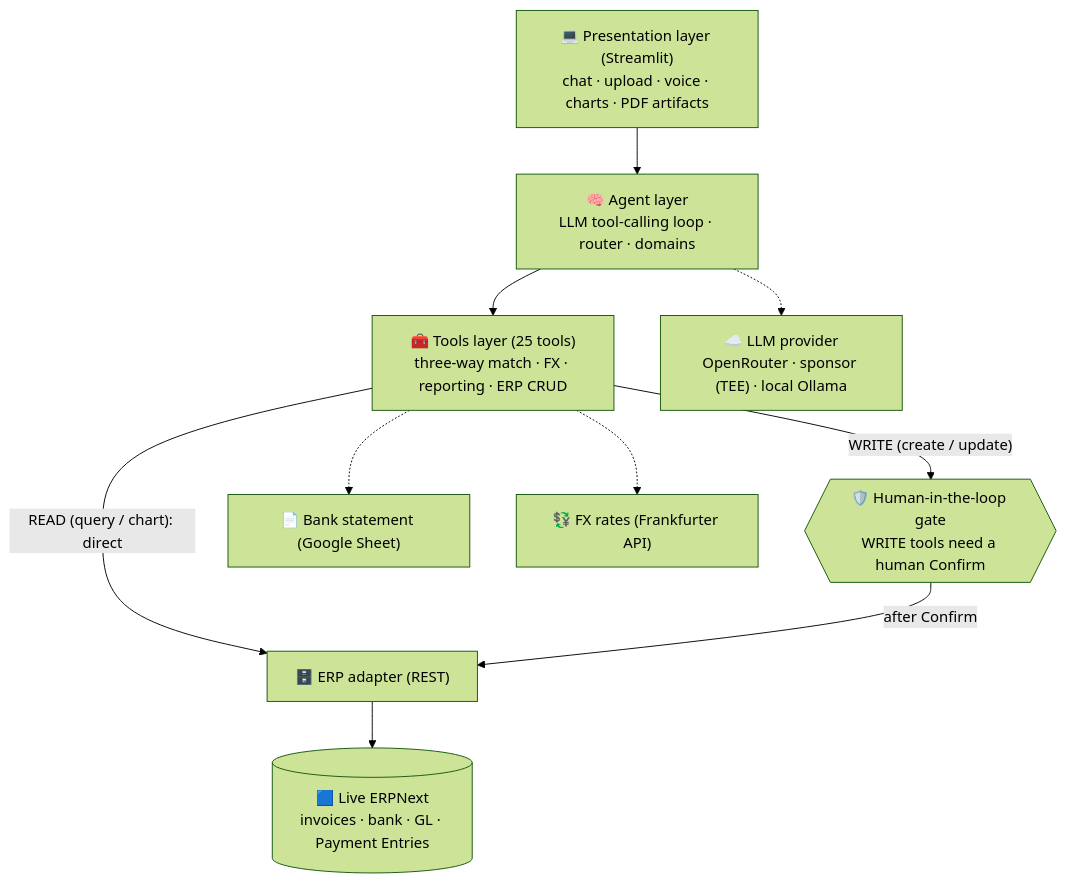
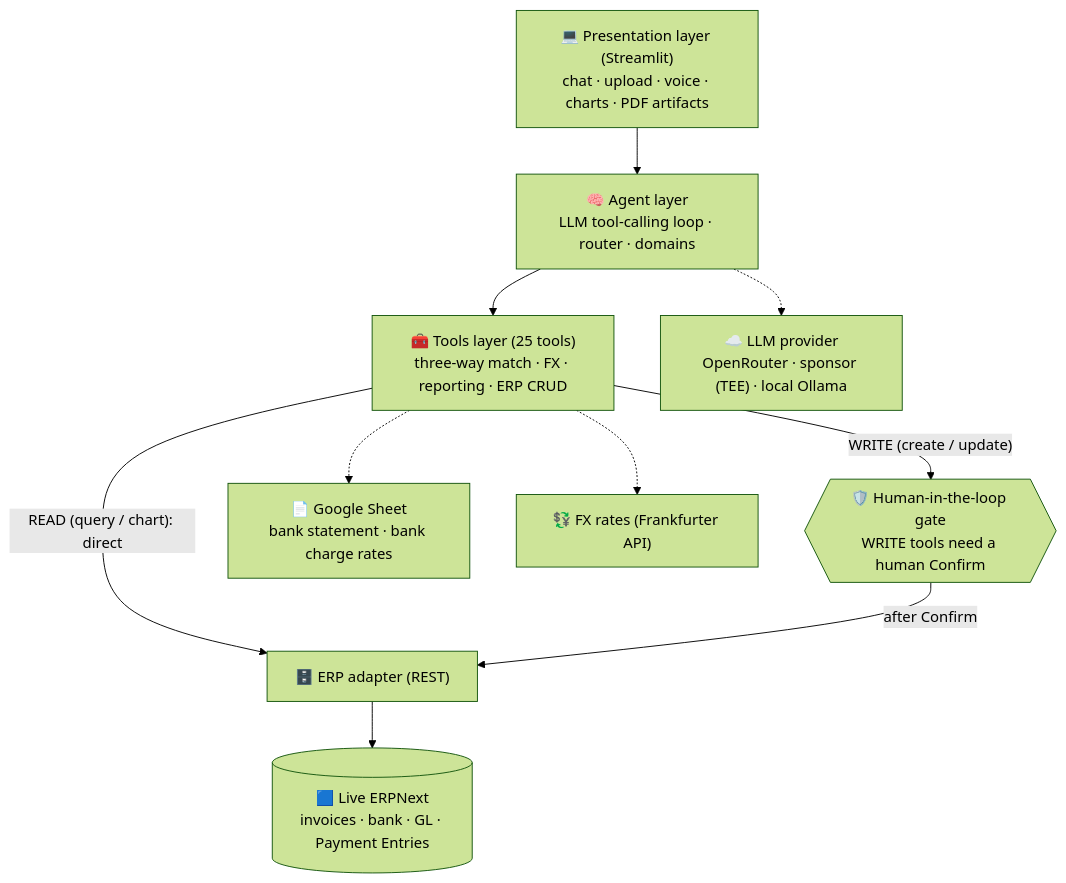
One commit to cqybalalala/AI-Agent-Demo changed the first of 2 diagrams in README.md. Above: the diagram before and after it, drawn with Mermaid (forest theme). The commit also changed other lines of this file, not shown here.

Commit message:
Reflect bank charge in architecture and reconciliation diagrams

````diff
--- a/README.md
+++ b/README.md
@@ -25,21 +25,21 @@
 ```mermaid
 flowchart TD
     UI["💻 Presentation layer (Streamlit)<br/>chat · upload · voice · charts · PDF artifacts"]
     AGENT["🧠 Agent layer<br/>LLM tool-calling loop · router · domains"]
     TOOLS["🧰 Tools layer (25 tools)<br/>three-way match · FX · reporting · ERP CRUD"]
     ERP["🗄️ ERP adapter (REST)"]
     ERPNEXT[("🟦 Live ERPNext<br/>invoices · bank · GL · Payment Entries")]
     HITL{{"🛡️ Human-in-the-loop gate<br/>WRITE tools need a human Confirm"}}
 
     UI --> AGENT --> TOOLS
     TOOLS -- "READ (query / chart): direct" --> ERP
     TOOLS -- "WRITE (create / update)" --> HITL -- "after Confirm" --> ERP
     ERP --> ERPNEXT
 
     LLM["☁️ LLM provider<br/>OpenRouter · sponsor (TEE) · local Ollama"]
-    SHEET["📄 Bank statement (Google Sheet)"]
+    SHEET["📄 Google Sheet<br/>bank statement · bank charge rates"]
     FX["💱 FX rates (Frankfurter API)"]
     AGENT -.-> LLM
     TOOLS -.-> SHEET
     TOOLS -.-> FX
 ```
````
